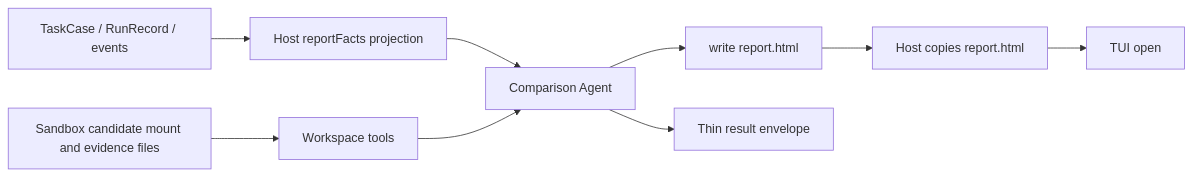
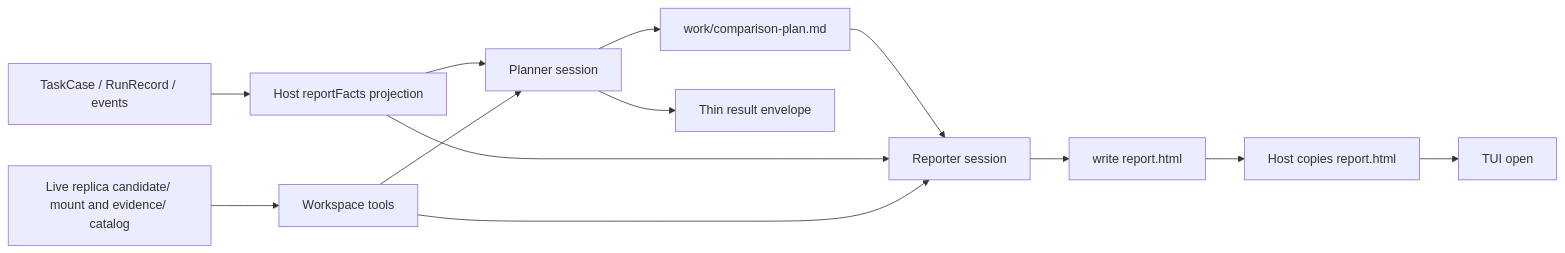
Before and after one commit to caulif/Reprise: the diagram in docs/architecture/comparison.md, drawn with Mermaid. The commit also changed other lines of this file and 122 other files, not shown here.

````diff
--- a/docs/architecture/comparison.md
+++ b/docs/architecture/comparison.md
@@ -9,11 +9,15 @@
 ```mermaid
 flowchart LR
   A[TaskCase / RunRecord / events] --> B[Host reportFacts projection]
-  C[Sandbox candidate mount and evidence files] --> D[Workspace tools]
-  B --> E[Comparison Agent]
+  C[Live replica candidate/ mount and evidence/ catalog] --> D[Workspace tools]
+  B --> E[Planner session]
   D --> E
-  E --> F[write report.html]
+  E --> P[work/comparison-plan.md]
+  P --> R[Reporter session]
+  B --> R
+  D --> R
+  R --> F[write report.html]
   F --> G[Host copies report.html]
   E --> H[Thin result envelope]
   G --> I[TUI open]
 ```
````
